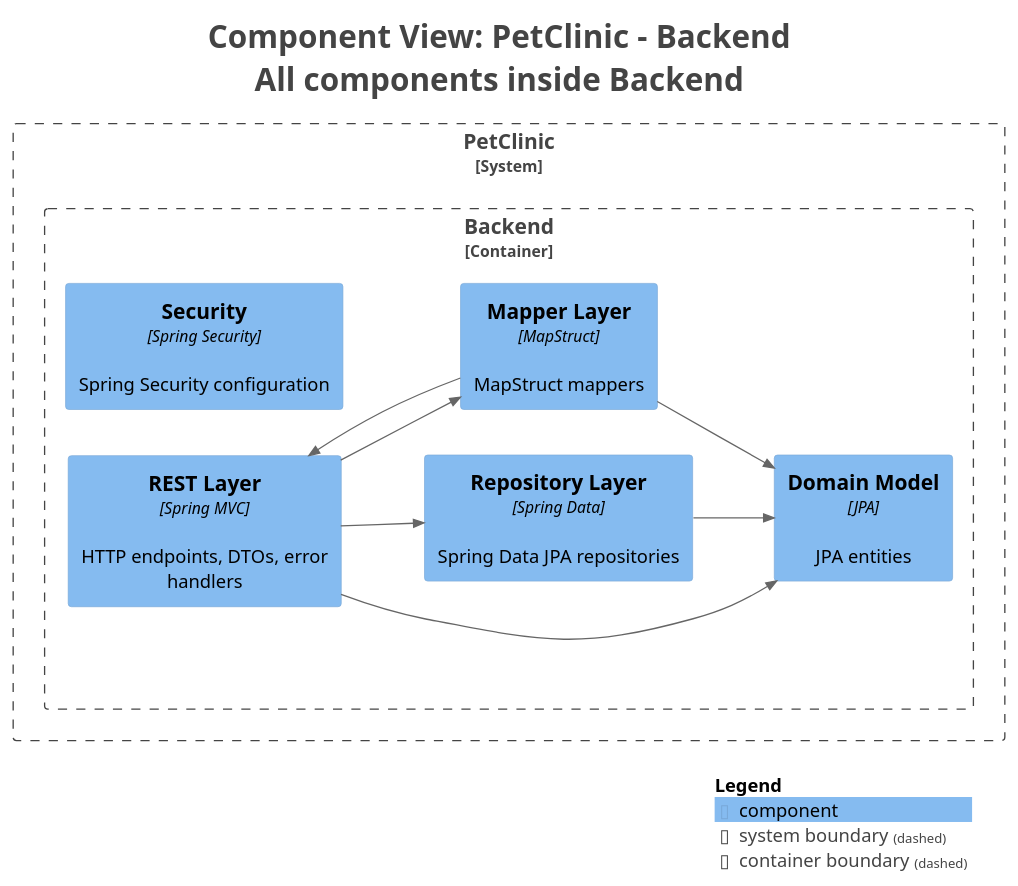
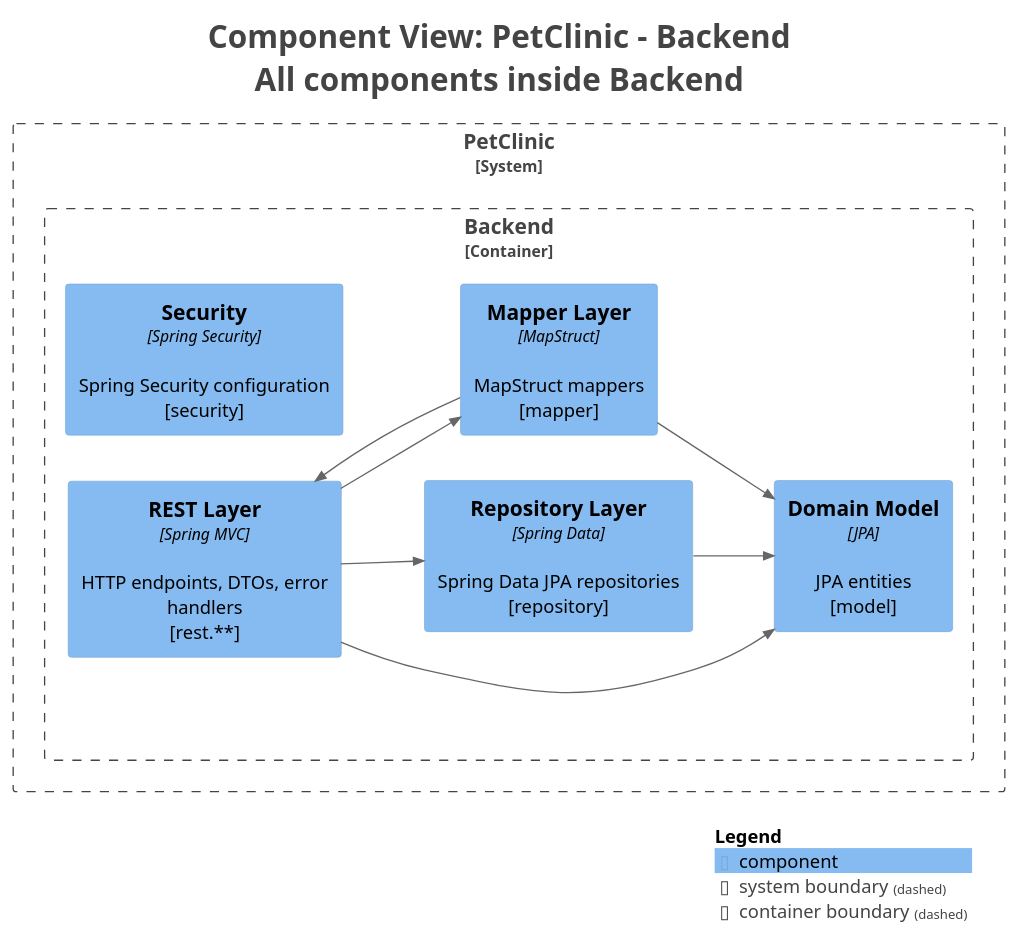
One commit to victorrentea/petclinic changed the diagram in petclinic-backend/docs/generated/c4views/C3-Components-All.puml. Above: the diagram before and after it, drawn with PlantUML. The commit also changed 5 other files, not shown here.

```diff
--- a/petclinic-backend/docs/generated/c4views/C3-Components-All.puml
+++ b/petclinic-backend/docs/generated/c4views/C3-Components-All.puml
@@ -1,38 +1,38 @@
 @startuml
 title <size:24>Component View: PetClinic - Backend</size>\n<size:24>All components inside Backend</size>
 
 set separator none
 left to right direction
 
 <style>
   root {
     BackgroundColor: #ffffff
     FontColor: #444444
   }
 </style>
 
 !include <C4/C4>
 !include <C4/C4_Context>
 !include <C4/C4_Component>
 
 System_Boundary("PetClinic_boundary", "PetClinic", $tags="") {
   Container_Boundary("PetClinic.Backend_boundary", "Backend", $tags="") {
-    Component(PetClinic.Backend.Security, "Security", $techn="Spring Security", $descr="Spring Security configuration", $tags="", $link="")
-    Component(PetClinic.Backend.RESTLayer, "REST Layer", $techn="Spring MVC", $descr="HTTP endpoints, DTOs, error handlers", $tags="", $link="")
-    Component(PetClinic.Backend.DomainModel, "Domain Model", $techn="JPA", $descr="JPA entities", $tags="", $link="")
-    Component(PetClinic.Backend.RepositoryLayer, "Repository Layer", $techn="Spring Data", $descr="Spring Data JPA repositories", $tags="", $link="")
-    Component(PetClinic.Backend.MapperLayer, "Mapper Layer", $techn="MapStruct", $descr="MapStruct mappers", $tags="", $link="")
+    Component(PetClinic.Backend.Security, "Security", $techn="Spring Security", $descr="Spring Security configuration\n[security]", $tags="", $link="")
+    Component(PetClinic.Backend.RESTLayer, "REST Layer", $techn="Spring MVC", $descr="HTTP endpoints, DTOs, error handlers\n[rest.**]", $tags="", $link="")
+    Component(PetClinic.Backend.DomainModel, "Domain Model", $techn="JPA", $descr="JPA entities\n[model]", $tags="", $link="")
+    Component(PetClinic.Backend.RepositoryLayer, "Repository Layer", $techn="Spring Data", $descr="Spring Data JPA repositories\n[repository]", $tags="", $link="")
+    Component(PetClinic.Backend.MapperLayer, "Mapper Layer", $techn="MapStruct", $descr="MapStruct mappers\n[mapper]", $tags="", $link="")
   }
 
 }
 
 Rel(PetClinic.Backend.RESTLayer, PetClinic.Backend.MapperLayer, "", $techn="", $tags="", $link="")
 Rel(PetClinic.Backend.RESTLayer, PetClinic.Backend.DomainModel, "", $techn="", $tags="", $link="")
 Rel(PetClinic.Backend.RESTLayer, PetClinic.Backend.RepositoryLayer, "", $techn="", $tags="", $link="")
 Rel(PetClinic.Backend.MapperLayer, PetClinic.Backend.RESTLayer, "", $techn="", $tags="", $link="")
 Rel(PetClinic.Backend.MapperLayer, PetClinic.Backend.DomainModel, "", $techn="", $tags="", $link="")
 Rel(PetClinic.Backend.RepositoryLayer, PetClinic.Backend.DomainModel, "", $techn="", $tags="", $link="")
 
 SHOW_LEGEND(true)
 hide stereotypes
 @enduml
```
